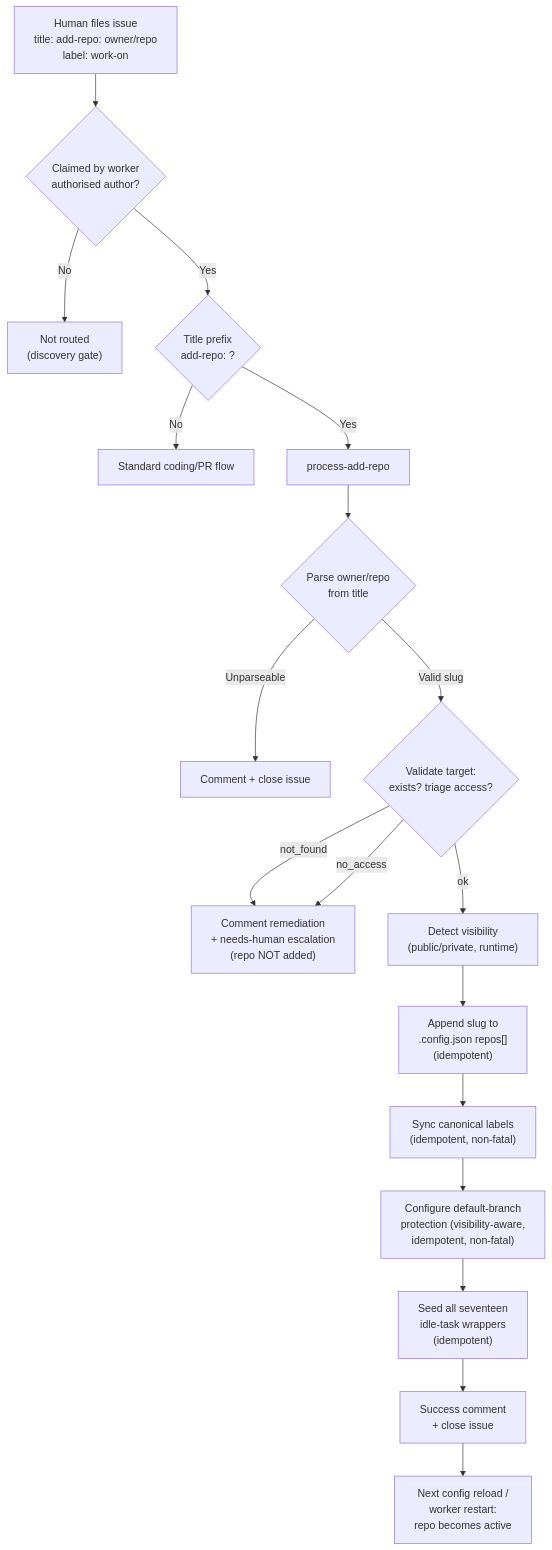
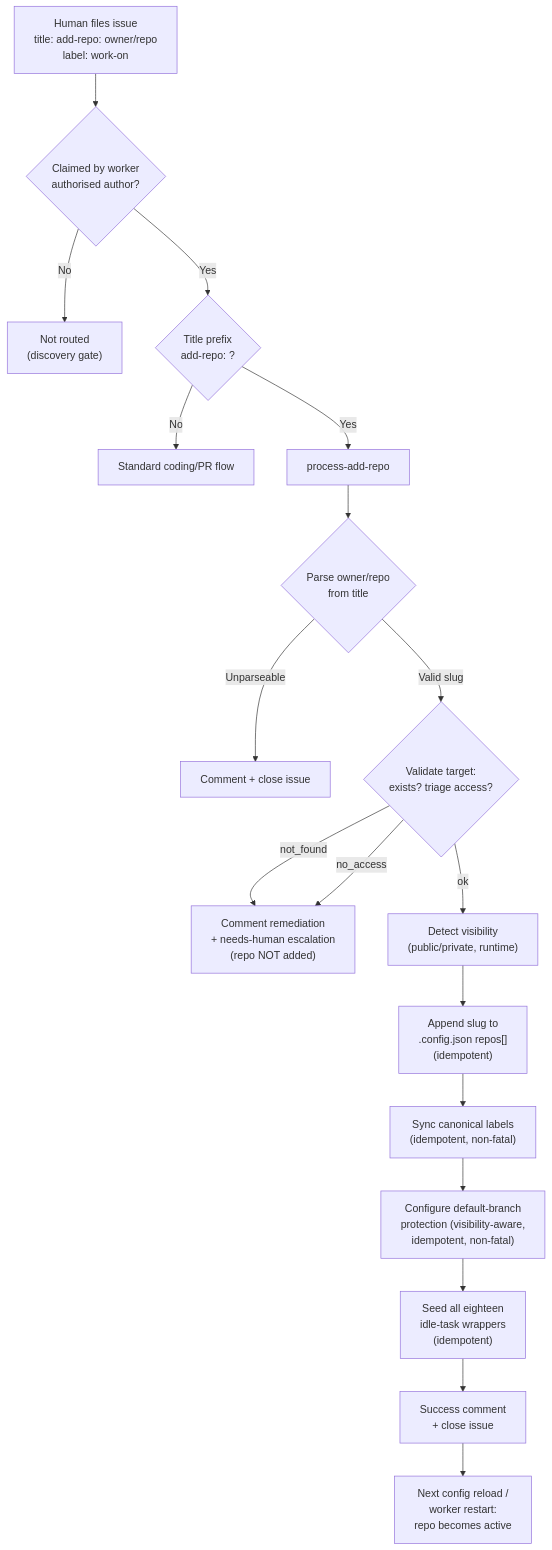
One commit to stSoftwareAU/VibeCoder changed the diagram in docs/ADD-REPO.md. Above: the diagram before and after it, drawn with Mermaid. The commit also changed other lines of this file and 11 other files, not shown here.

````diff
--- a/docs/ADD-REPO.md
+++ b/docs/ADD-REPO.md
@@ -131,20 +131,20 @@
 ```mermaid
 flowchart TD
     A["Human files issue<br/>title: add-repo: owner/repo<br/>label: work-on"] --> B{Claimed by worker<br/>authorised author?}
     B -- No --> Z["Not routed<br/>(discovery gate)"]
     B -- Yes --> C{Title prefix<br/>add-repo: ?}
     C -- No --> Y["Standard coding/PR flow"]
     C -- Yes --> D["process-add-repo"]
     D --> E{Parse owner/repo<br/>from title}
     E -- Unparseable --> E1["Comment + close issue"]
     E -- Valid slug --> F{Validate target:<br/>exists? triage access?}
     F -- not_found --> F1["Comment remediation<br/>+ needs-human escalation<br/>(repo NOT added)"]
     F -- no_access --> F1
     F -- ok --> G["Detect visibility<br/>(public/private, runtime)"]
     G --> H["Append slug to<br/>.config.json repos[]<br/>(idempotent)"]
     H --> S["Sync canonical labels<br/>(idempotent, non-fatal)"]
     S --> P["Configure default-branch<br/>protection (visibility-aware,<br/>idempotent, non-fatal)"]
-    P --> I["Seed all seventeen<br/>idle-task wrappers<br/>(idempotent)"]
+    P --> I["Seed all eighteen<br/>idle-task wrappers<br/>(idempotent)"]
     I --> J["Success comment<br/>+ close issue"]
     J --> K["Next config reload /<br/>worker restart:<br/>repo becomes active"]
 ```
````
